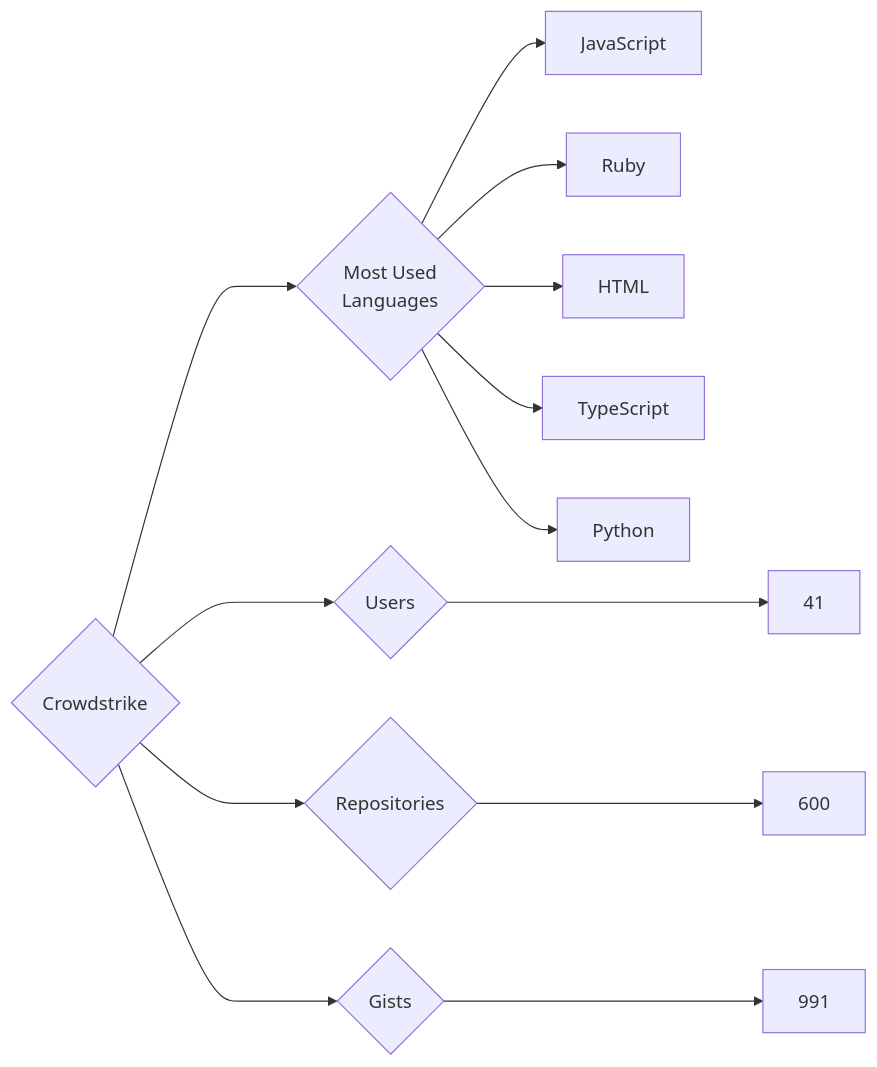
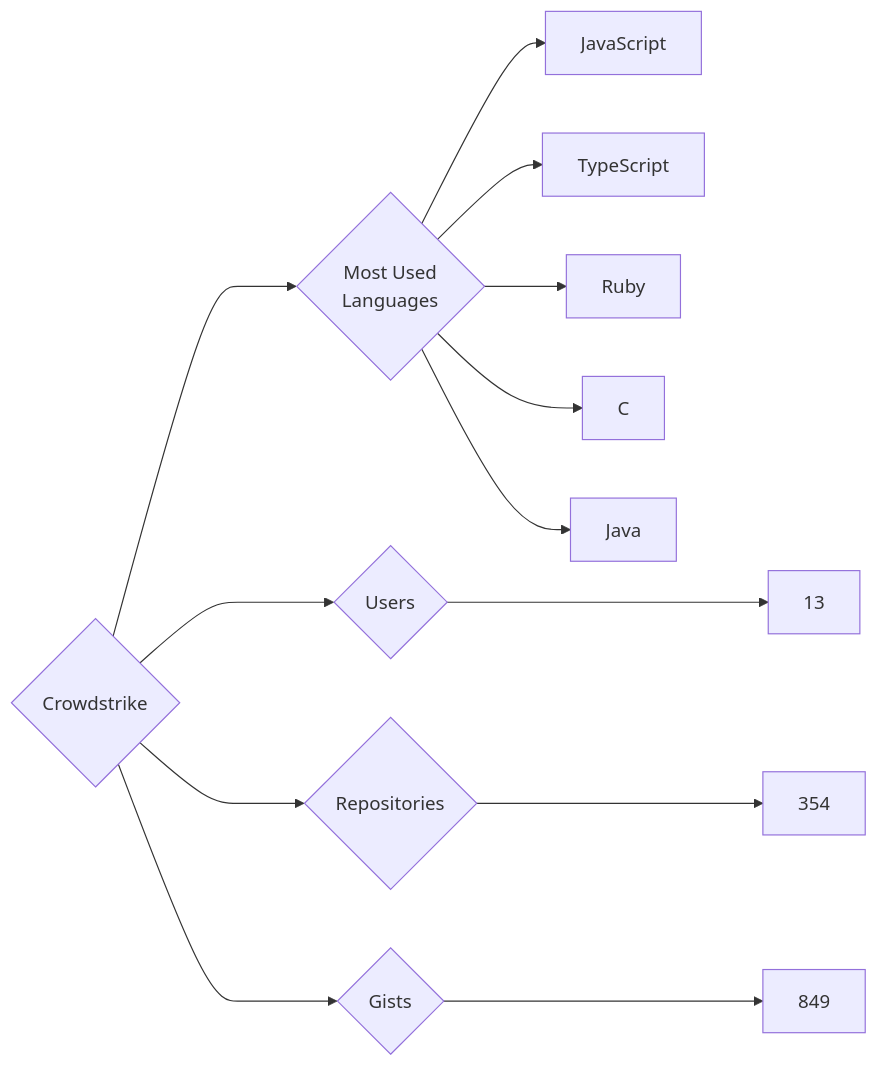
One commit to trickest/insiders changed the diagram in targets/Crowdstrike/README.md. Above: the diagram before and after it, drawn with Mermaid. The commit also changed 688 other files, not shown here.

````diff
--- a/targets/Crowdstrike/README.md
+++ b/targets/Crowdstrike/README.md
@@ -3,13 +3,13 @@
 ```mermaid
 graph LR
 COMPANY_NAME{Crowdstrike}
-COMPANY_NAME ---> U{Users} ---> UN[41]
-COMPANY_NAME ---> R{Repositories} ---> RN[600]
-COMPANY_NAME ---> G{Gists} ---> GN[991]
+COMPANY_NAME ---> U{Users} ---> UN[13]
+COMPANY_NAME ---> R{Repositories} ---> RN[354]
+COMPANY_NAME ---> G{Gists} ---> GN[849]
 COMPANY_NAME ---> ML{Most Used<br>Languages}
 ML --> JavaScript[JavaScript]
+ML --> TypeScript[TypeScript]
 ML --> Ruby[Ruby]
-ML --> HTML[HTML]
-ML --> TypeScript[TypeScript]
-ML --> Python[Python]
+ML --> C[C]
+ML --> Java[Java]
 ```
````
